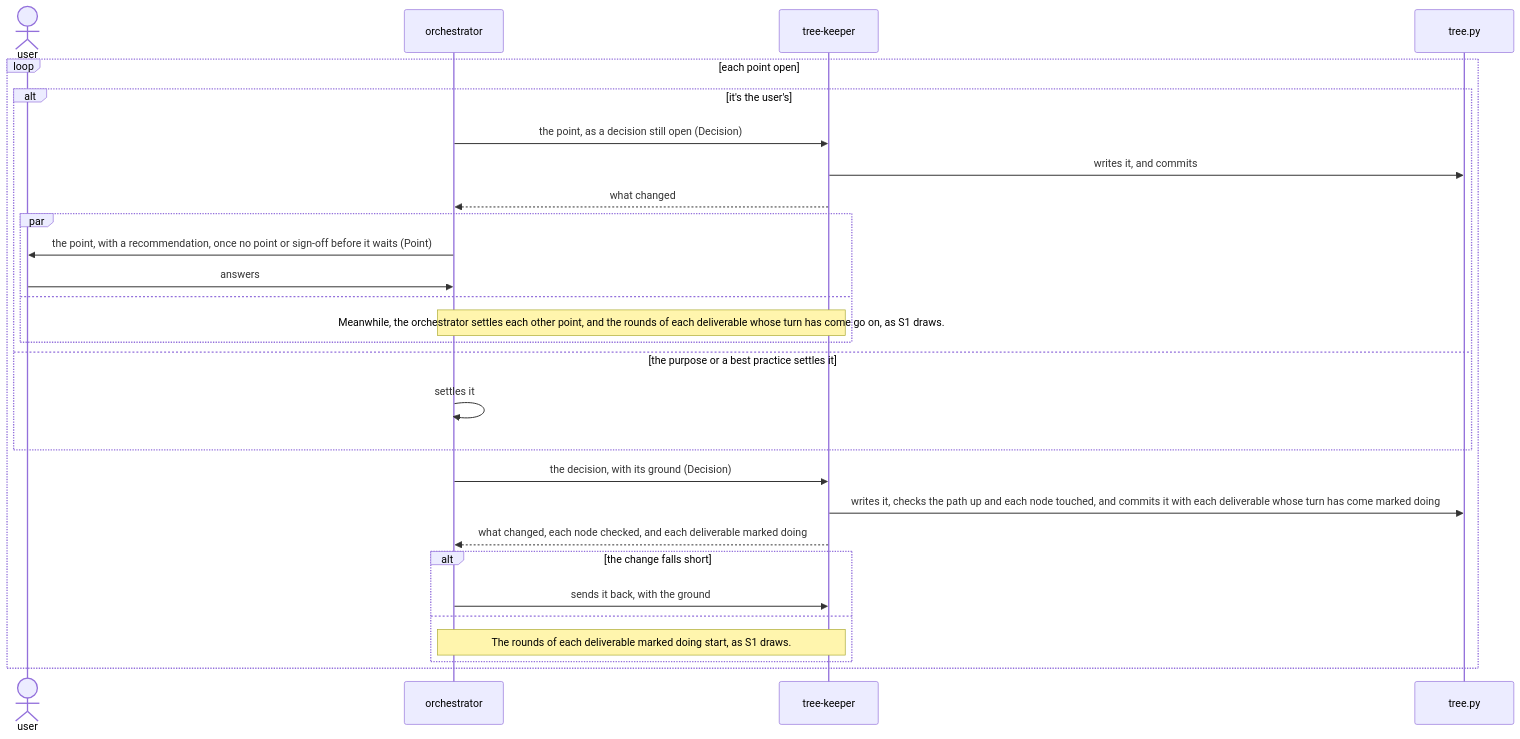
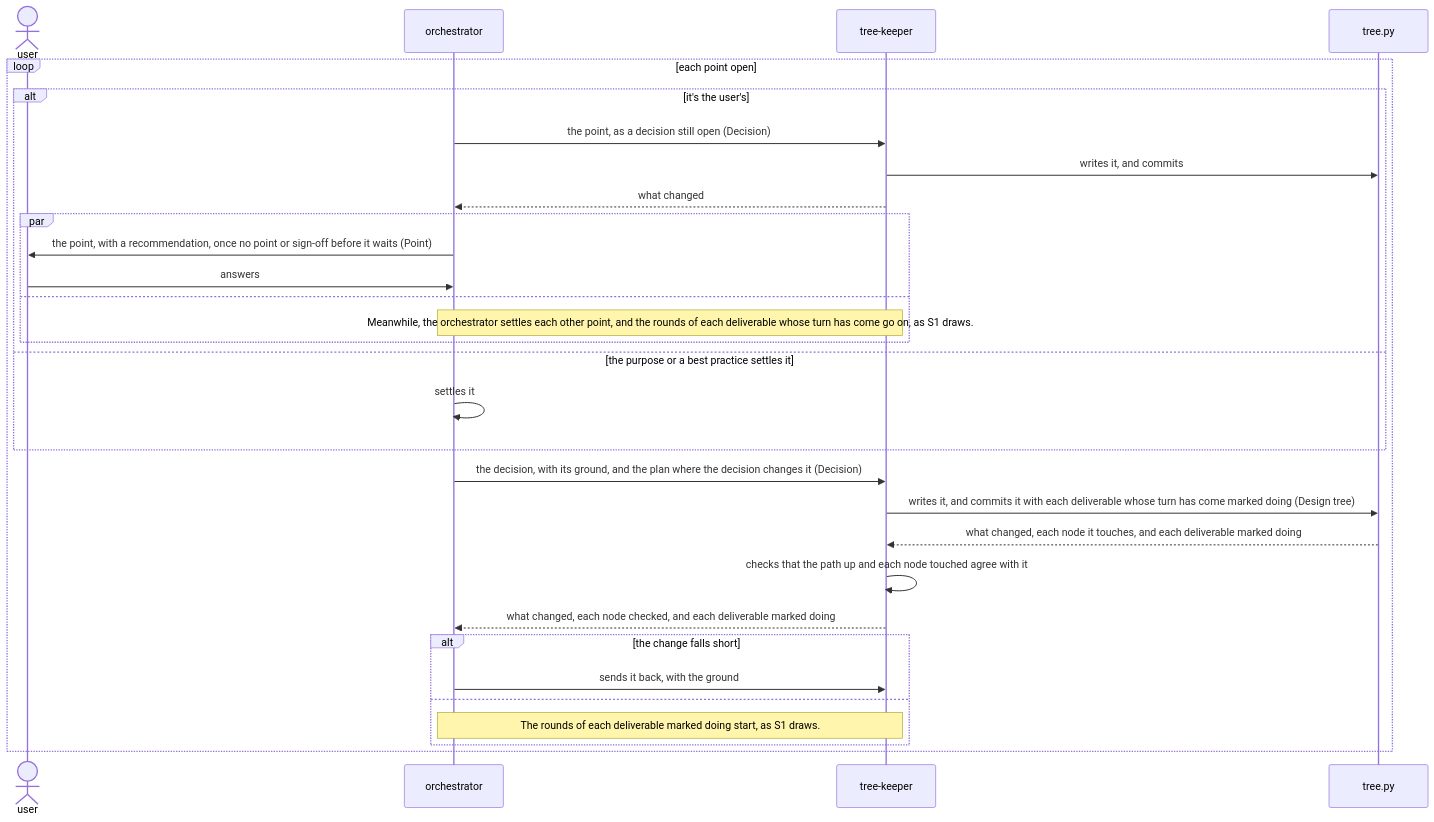
Before and after one commit to lovaizu/ccpm: the second of 6 diagrams in dev/rn/architecture.md, drawn with Mermaid. The commit also changed other lines of this file and 48 other files, not shown here.

````diff
--- a/dev/rn/architecture.md
+++ b/dev/rn/architecture.md
@@ -251,30 +288,32 @@
 ```mermaid
 sequenceDiagram
   actor U as user
   participant O as orchestrator
   participant K as tree-keeper
   participant T as tree.py
   loop each point open
     alt it's the user's
       O->>K: the point, as a decision still open (Decision)
       K->>T: writes it, and commits
       K-->>O: what changed
       par
         O->>U: the point, with a recommendation, once no point or sign-off before it waits (Point)
         U->>O: answers
       and
         Note over O,K: Meanwhile, the orchestrator settles each other point, and the rounds of each deliverable whose turn has come go on, as S1 draws.
       end
     else the purpose or a best practice settles it
       O->>O: settles it
     end
-    O->>K: the decision, with its ground (Decision)
-    K->>T: writes it, checks the path up and each node touched, and commits it with each deliverable whose turn has come marked doing
+    O->>K: the decision, with its ground, and the plan where the decision changes it (Decision)
+    K->>T: writes it, and commits it with each deliverable whose turn has come marked doing (Design tree)
+    T-->>K: what changed, each node it touches, and each deliverable marked doing
+    K->>K: checks that the path up and each node touched agree with it
     K-->>O: what changed, each node checked, and each deliverable marked doing
     alt the change falls short
       O->>K: sends it back, with the ground
     else
       Note over O,K: The rounds of each deliverable marked doing start, as S1 draws.
     end
   end
 ```
````
